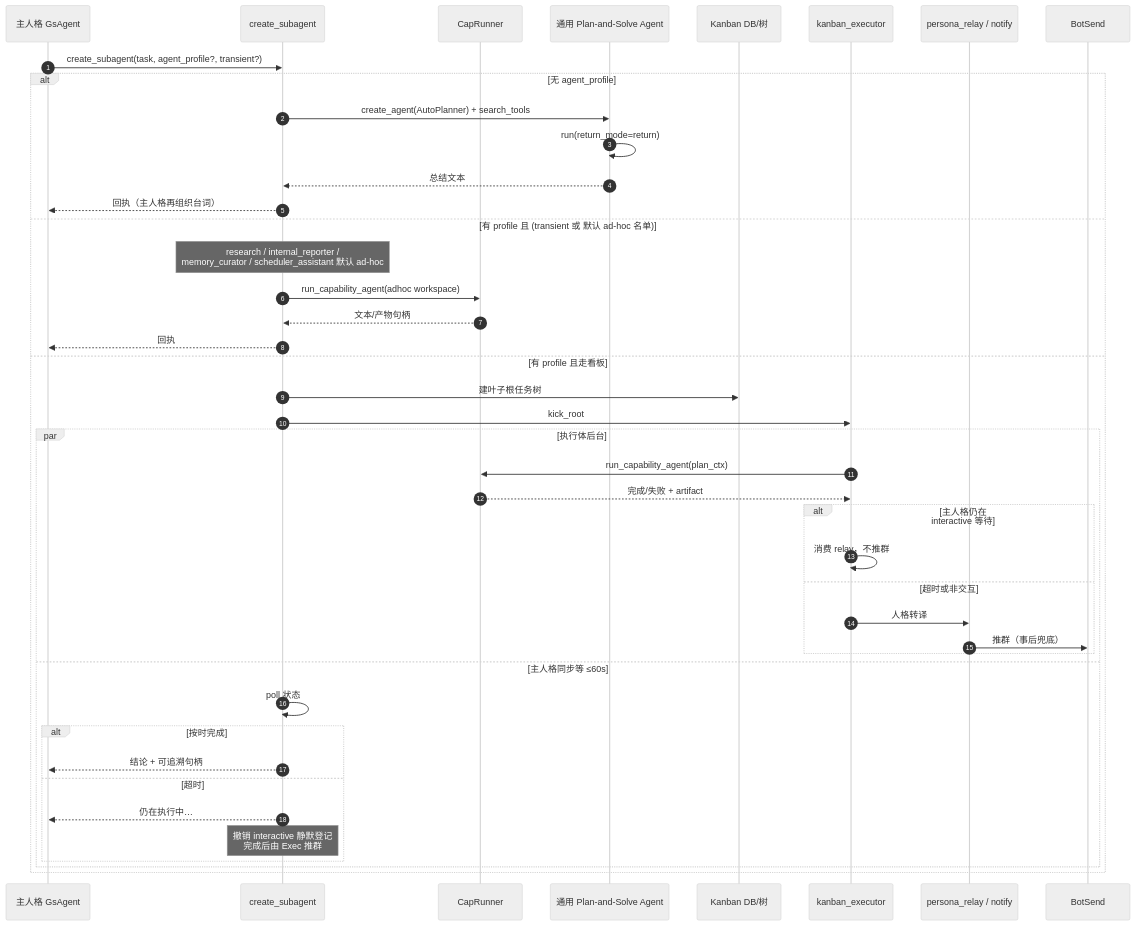
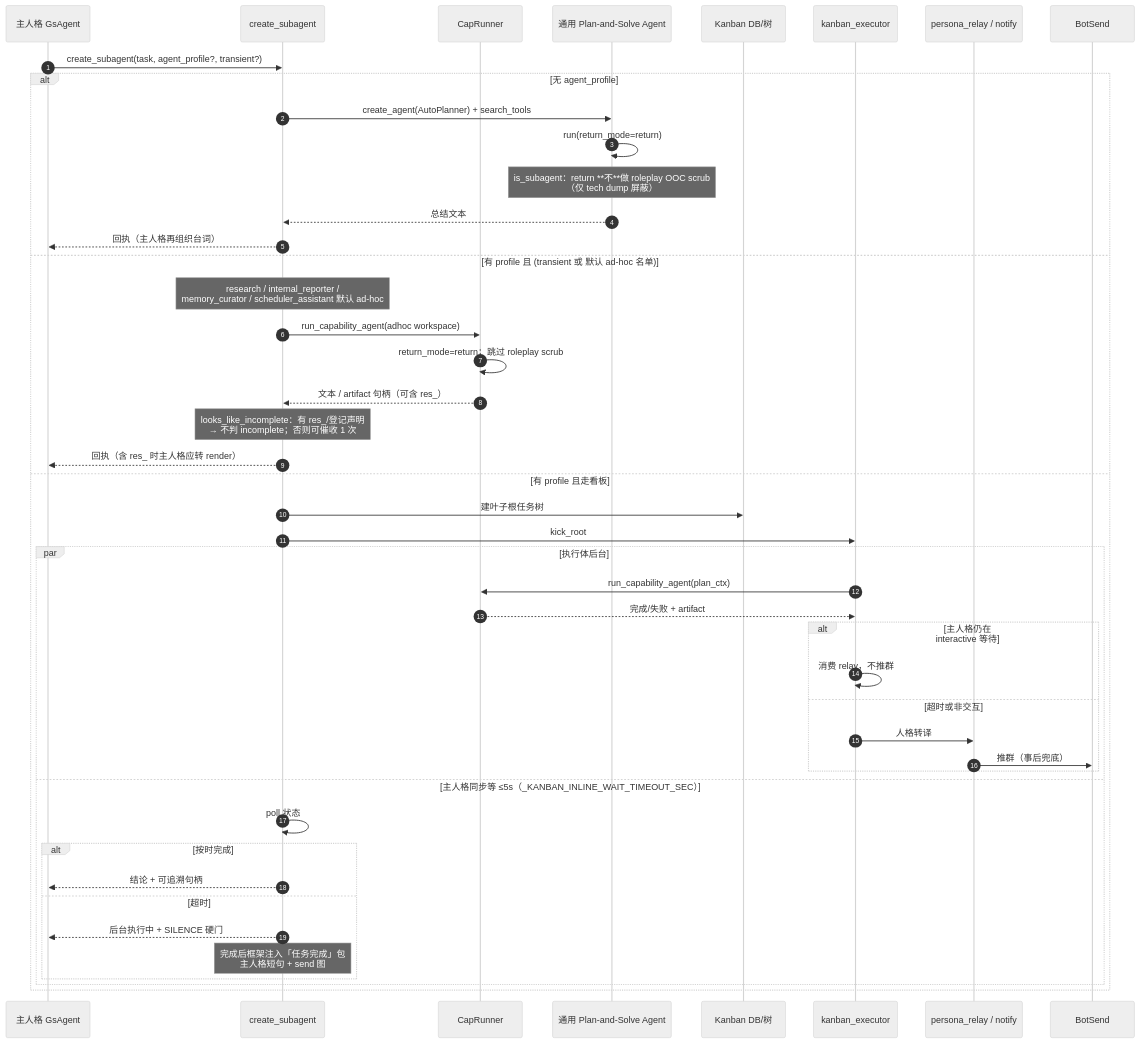
One commit to Genshin-bots/gsuid_core changed the seventh of 10 diagrams in docs/AI_AGENT_LIFECYCLE_SEQUENCE.md. Above: the diagram before and after it, drawn with Mermaid (neutral theme). The commit also changed other lines of this file and 34 other files, not shown here.

````diff
--- a/docs/AI_AGENT_LIFECYCLE_SEQUENCE.md
+++ b/docs/AI_AGENT_LIFECYCLE_SEQUENCE.md
@@ -519,47 +530,50 @@
 ```mermaid
 sequenceDiagram
     autonumber
     participant GsAgent as 主人格 GsAgent
     participant SubTool as create_subagent
     participant Cap as CapRunner
     participant Plan as 通用 Plan-and-Solve Agent
     participant Kanban as Kanban DB/树
     participant Exec as kanban_executor
     participant Relay as persona_relay / notify
     participant BotSend
 
     GsAgent->>SubTool: create_subagent(task, agent_profile?, transient?)
 
     alt 无 agent_profile
         SubTool->>Plan: create_agent(AutoPlanner) + search_tools
         Plan->>Plan: run(return_mode=return)
+        Note over Plan: is_subagent：return **不**做 roleplay OOC scrub<br/>（仅 tech dump 屏蔽）
         Plan-->>SubTool: 总结文本
         SubTool-->>GsAgent: 回执（主人格再组织台词）
     else 有 profile 且 (transient 或 默认 ad-hoc 名单)
         Note over SubTool: research / internal_reporter /<br/>memory_curator / scheduler_assistant 默认 ad-hoc
         SubTool->>Cap: run_capability_agent(adhoc workspace)
-        Cap-->>SubTool: 文本/产物句柄
-        SubTool-->>GsAgent: 回执
+        Cap->>Cap: return_mode=return；跳过 roleplay scrub
+        Cap-->>SubTool: 文本 / artifact 句柄（可含 res_）
+        Note over SubTool: looks_like_incomplete：有 res_/登记声明<br/>→ 不判 incomplete；否则可催收 1 次
+        SubTool-->>GsAgent: 回执（含 res_ 时主人格应转 render）
     else 有 profile 且走看板
         SubTool->>Kanban: 建叶子根任务树
         SubTool->>Exec: kick_root
         par 执行体后台
             Exec->>Cap: run_capability_agent(plan_ctx)
             Cap-->>Exec: 完成/失败 + artifact
             alt 主人格仍在 interactive 等待
                 Exec->>Exec: 消费 relay，不推群
             else 超时或非交互
                 Exec->>Relay: 人格转译
                 Relay->>BotSend: 推群（事后兜底）
             end
-        and 主人格同步等 ≤60s
+        and 主人格同步等 ≤5s（_KANBAN_INLINE_WAIT_TIMEOUT_SEC）
             SubTool->>SubTool: poll 状态
             alt 按时完成
                 SubTool-->>GsAgent: 结论 + 可追溯句柄
             else 超时
-                SubTool-->>GsAgent: 仍在执行中…
-                Note over SubTool: 撤销 interactive 静默登记<br/>完成后由 Exec 推群
+                SubTool-->>GsAgent: 后台执行中 + SILENCE 硬门
+                Note over SubTool: 完成后框架注入「任务完成」包<br/>主人格短句 + send 图
             end
         end
     end
 ```
````
